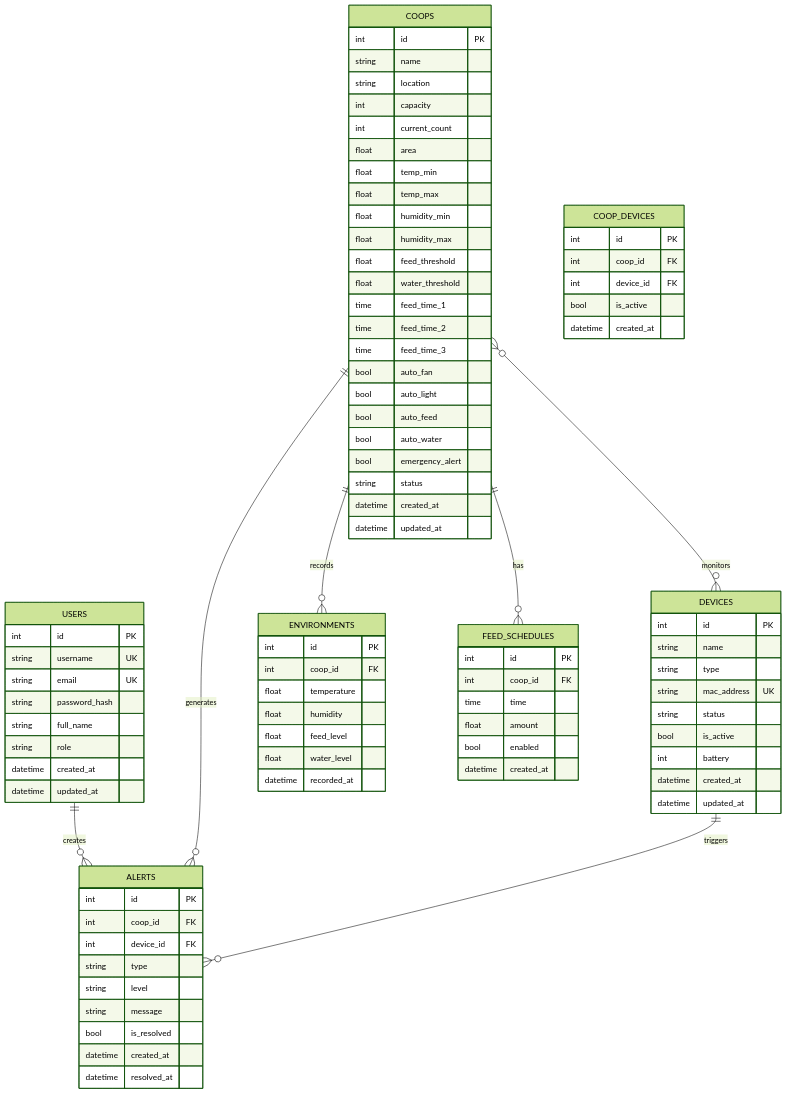
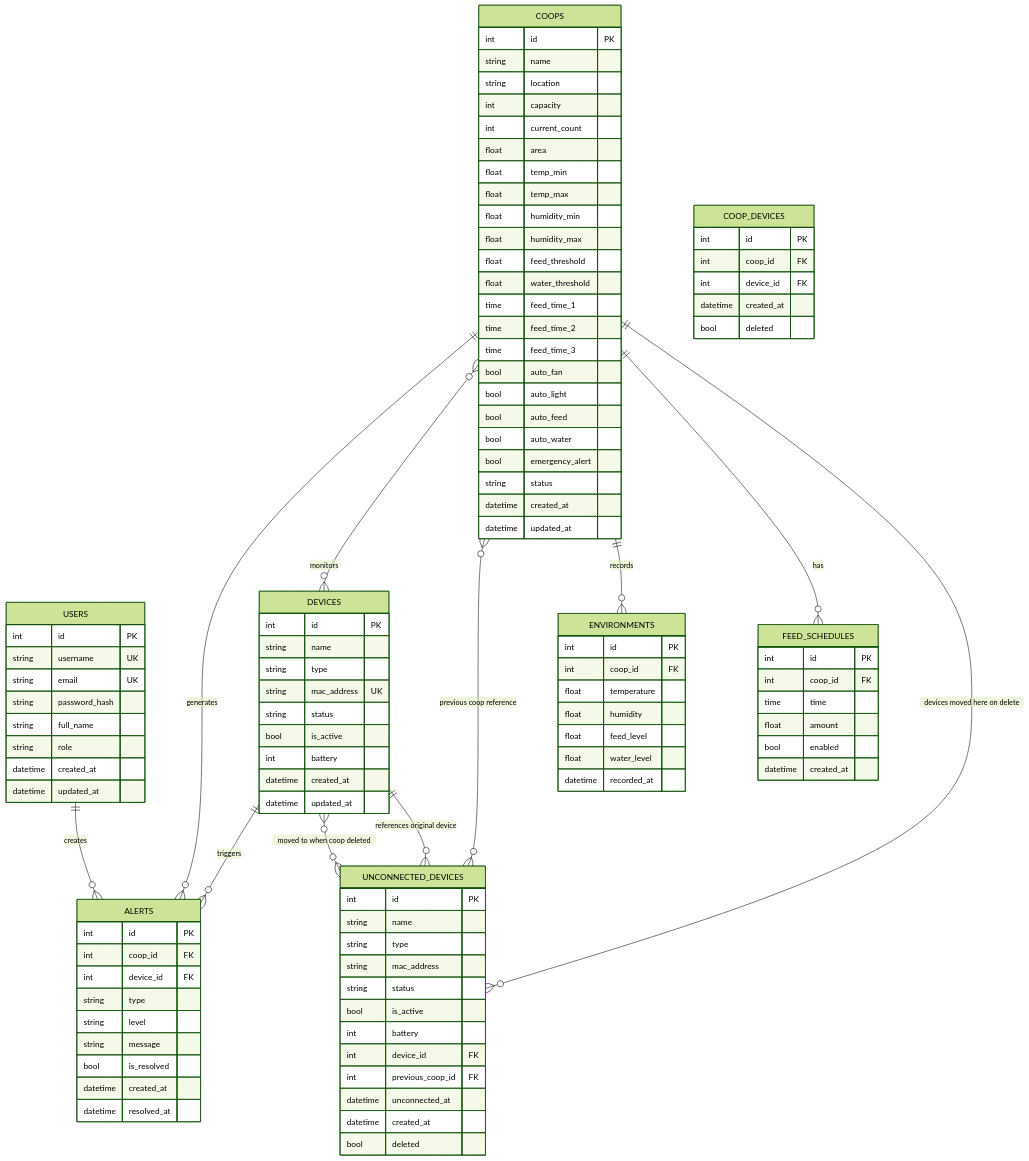
One commit to Felix-Locnguyen/AutomatedChickenFarmManagement changed the diagram in README.md. Above: the diagram before and after it, drawn with Mermaid (forest theme). The commit also changed other lines of this file, not shown here.

````diff
--- a/README.md
+++ b/README.md
@@ -135,6 +138,9 @@
     COOPS ||--o{ ALERTS : generates
     DEVICES ||--o{ ALERTS : triggers
     COOPS }o--o{ DEVICES : monitors
+    
+    DEVICES }o--o{ UNCONNECTED_DEVICES : "moved to when coop deleted"
+    COOPS }o--o{ UNCONNECTED_DEVICES : "previous coop reference"
     
     COOPS {
         int id PK
@@ -178,8 +184,23 @@
         int id PK
         int coop_id FK
         int device_id FK
+        datetime created_at
+        bool deleted
+    }
+    
+    UNCONNECTED_DEVICES {
+        int id PK
+        string name
+        string type
+        string mac_address
+        string status
         bool is_active
+        int battery
+        int device_id FK
+        int previous_coop_id FK
+        datetime unconnected_at
         datetime created_at
+        bool deleted
     }
     
     ENVIRONMENTS {
@@ -226,4 +247,6 @@
     
     COOPS ||--o{ ENVIRONMENTS : records
     COOPS ||--o{ FEED_SCHEDULES : has
+    COOPS ||--o{ UNCONNECTED_DEVICES : "devices moved here on delete"
+    DEVICES ||--o{ UNCONNECTED_DEVICES : "references original device"
 ```
````
